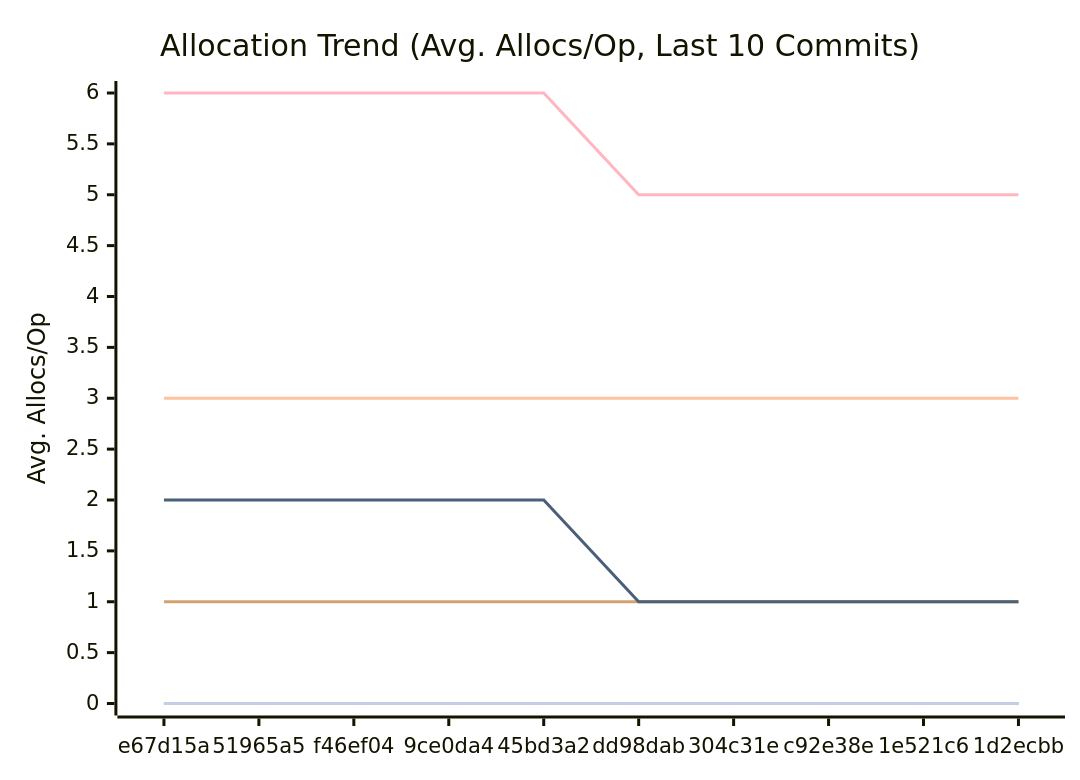
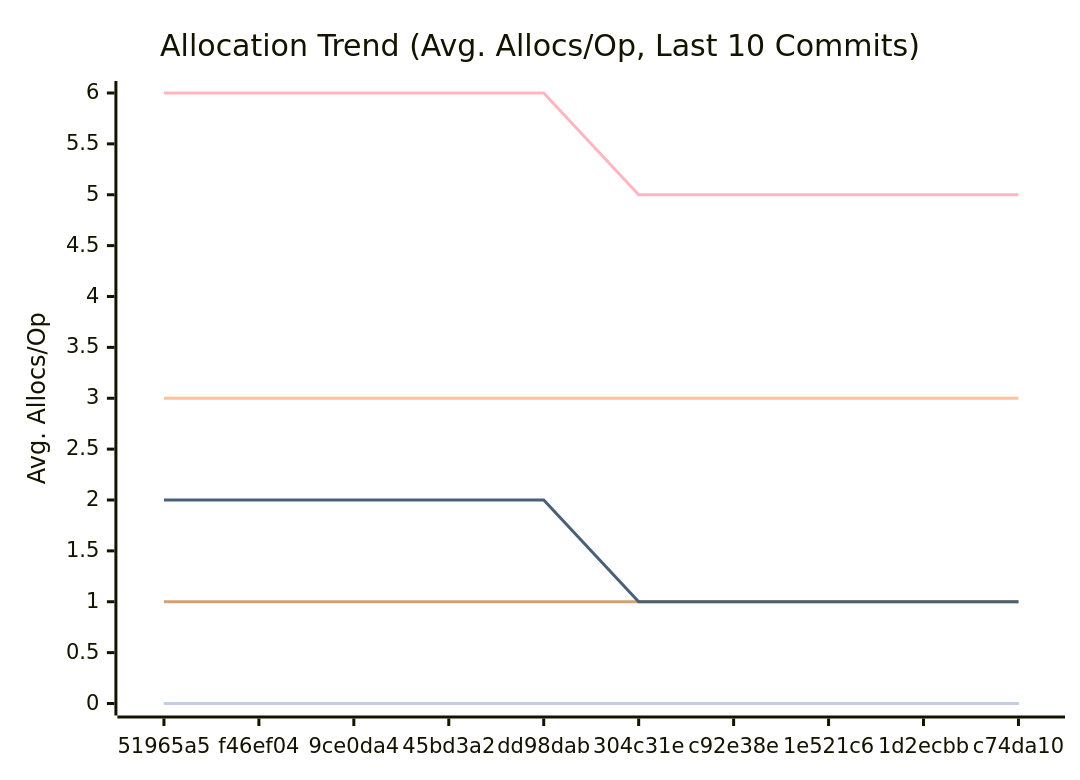
The third of 3 diagrams in docs/PERFORMANCE.md (alsotoes/momo), drawn with Mermaid before and after one commit. The commit also changed other lines of this file and 8 other files, not shown here.

First line of the commit message:
docs: pluggable storage spec + architecture/standards/README updates (#226)

````diff
--- a/docs/PERFORMANCE.md
+++ b/docs/PERFORMANCE.md
@@ -114,16 +114,16 @@
 ```mermaid
 xychart-beta
     title "Allocation Trend (Avg. Allocs/Op, Last 10 Commits)"
     x-axis "Commit"
     y-axis "Avg. Allocs/Op"
-    x-axis [e67d15a,51965a5,f46ef04,9ce0da4,45bd3a2,dd98dab,304c31e,c92e38e,1e521c6,1d2ecbb]
+    x-axis [51965a5,f46ef04,9ce0da4,45bd3a2,dd98dab,304c31e,c92e38e,1e521c6,1d2ecbb,c74da10]
     line "CheckMetricsAndSwap" [0,0,0,0,0,0,0,0,0,0]
     line "CrushOptimized" [0,0,0,0,0,0,0,0,0,0]
     line "CrushOriginal" [3,3,3,3,3,3,3,3,3,3]
     line "IndexDirectTracking" [0,0,0,0,0,0,0,0,0,0]
     line "IndexSearch" [0,0,0,0,0,0,0,0,0,0]
     line "LoadGlobalConfig" [1,1,1,1,1,1,1,1,1,1]
     line "PadString" [0,0,0,0,0,0,0,0,0,0]
     line "ParseReplicationOrder_NoPrealloc" [6,6,6,6,6,5,5,5,5,5]
     line "ParseReplicationOrder_Prealloc" [2,2,2,2,2,1,1,1,1,1]
 ```
````
